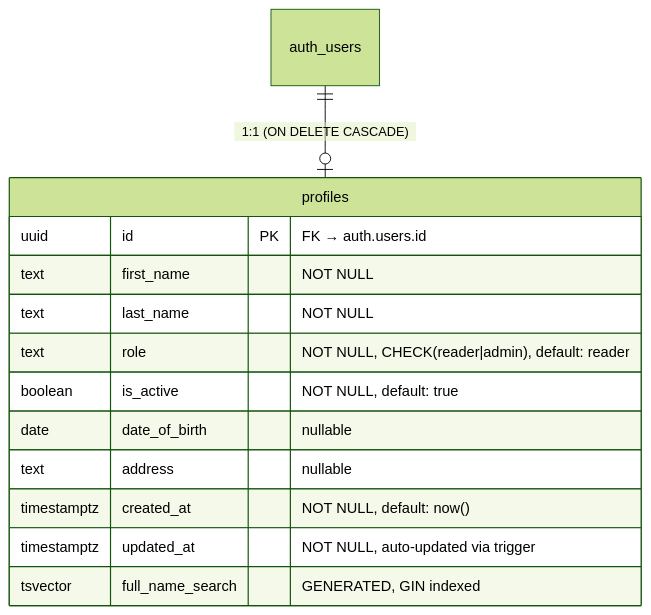
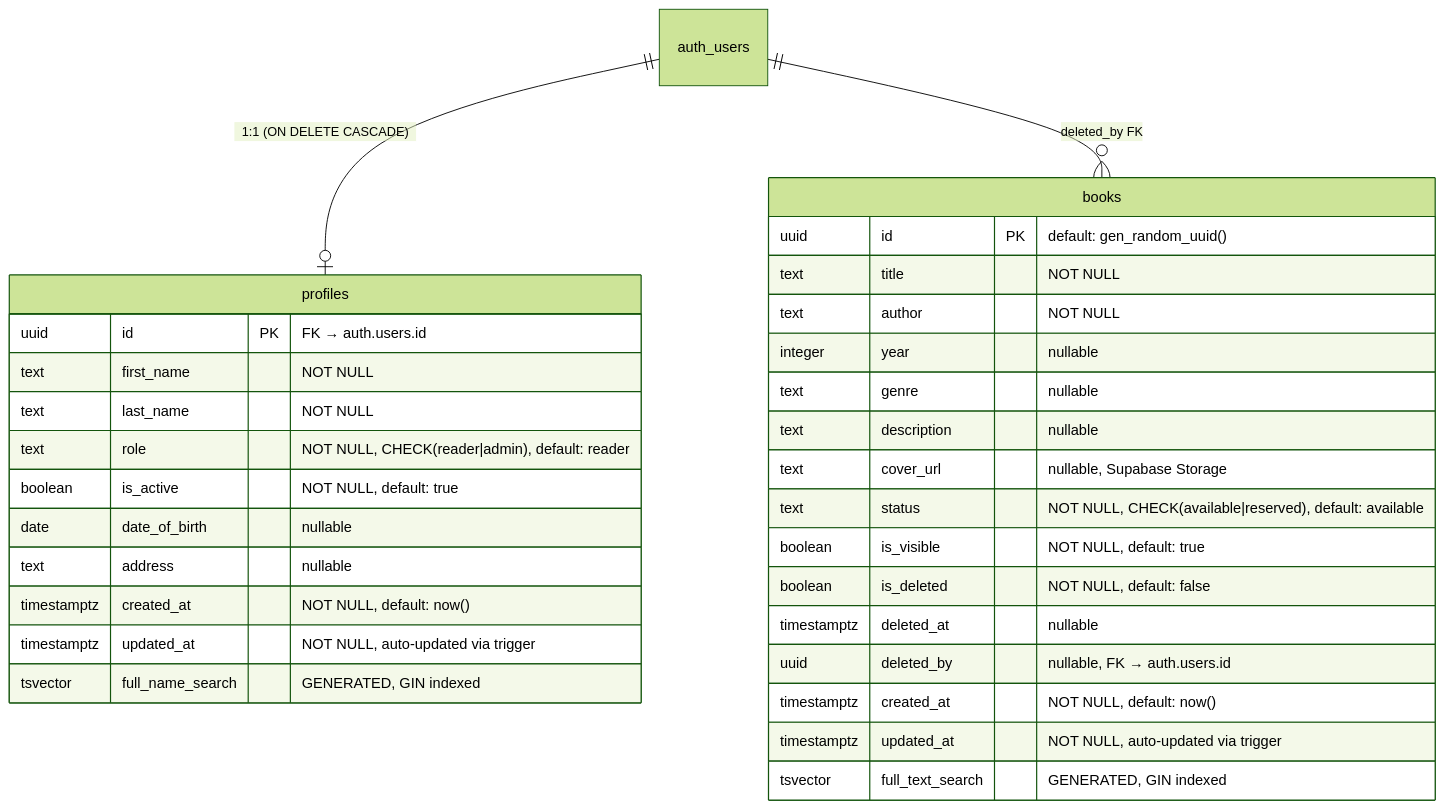
The diagram in docs/database_migrations.md (MontielFernando234/montiLibrary), drawn with Mermaid (forest theme) before and after one commit. The commit also changed other lines of this file and 21 other files, not shown here.

````diff
--- a/docs/database_migrations.md
+++ b/docs/database_migrations.md
@@ -173,16 +173,34 @@
 ```mermaid
 erDiagram
     auth_users ||--o| profiles : "1:1 (ON DELETE CASCADE)"
+    auth_users ||--o{ books : "deleted_by FK"
     profiles {
         uuid id PK "FK → auth.users.id"
         text first_name "NOT NULL"
         text last_name "NOT NULL"
         text role "NOT NULL, CHECK(reader|admin), default: reader"
         boolean is_active "NOT NULL, default: true"
         date date_of_birth "nullable"
         text address "nullable"
         timestamptz created_at "NOT NULL, default: now()"
         timestamptz updated_at "NOT NULL, auto-updated via trigger"
         tsvector full_name_search "GENERATED, GIN indexed"
     }
+    books {
+        uuid id PK "default: gen_random_uuid()"
+        text title "NOT NULL"
+        text author "NOT NULL"
+        integer year "nullable"
+        text genre "nullable"
+        text description "nullable"
+        text cover_url "nullable, Supabase Storage"
+        text status "NOT NULL, CHECK(available|reserved), default: available"
+        boolean is_visible "NOT NULL, default: true"
+        boolean is_deleted "NOT NULL, default: false"
+        timestamptz deleted_at "nullable"
+        uuid deleted_by "nullable, FK → auth.users.id"
+        timestamptz created_at "NOT NULL, default: now()"
+        timestamptz updated_at "NOT NULL, auto-updated via trigger"
+        tsvector full_text_search "GENERATED, GIN indexed"
+    }
 ```
````
